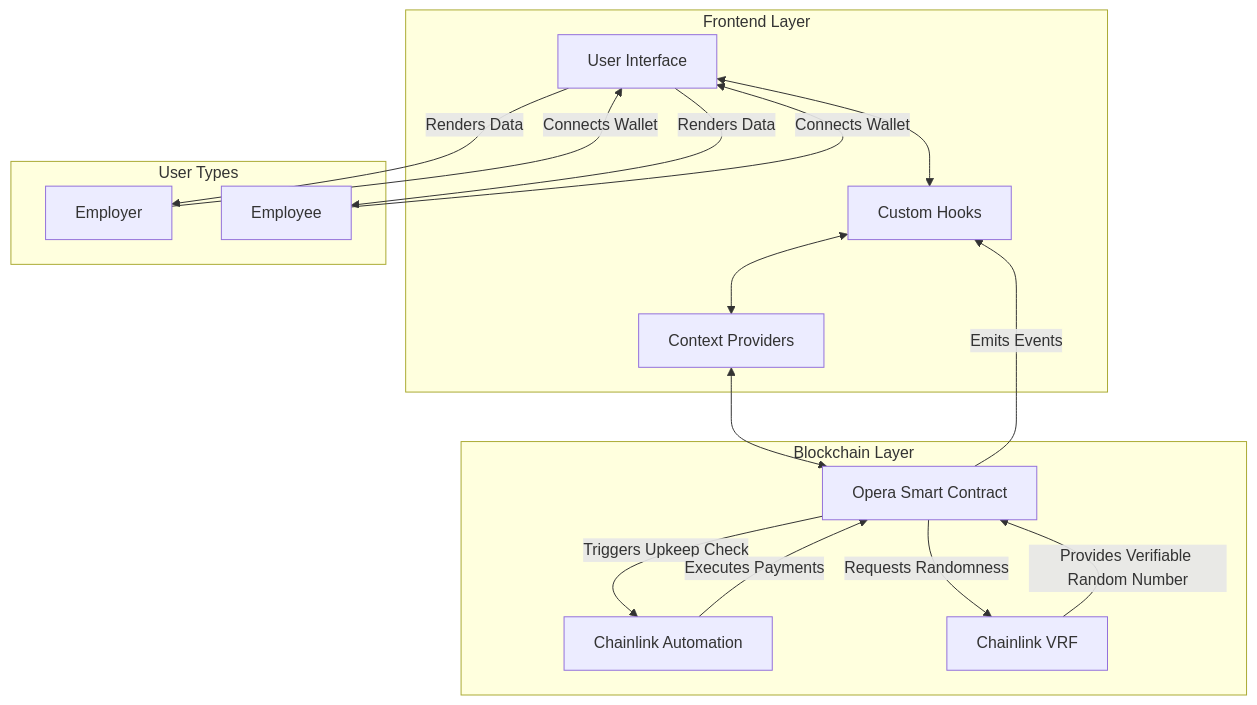
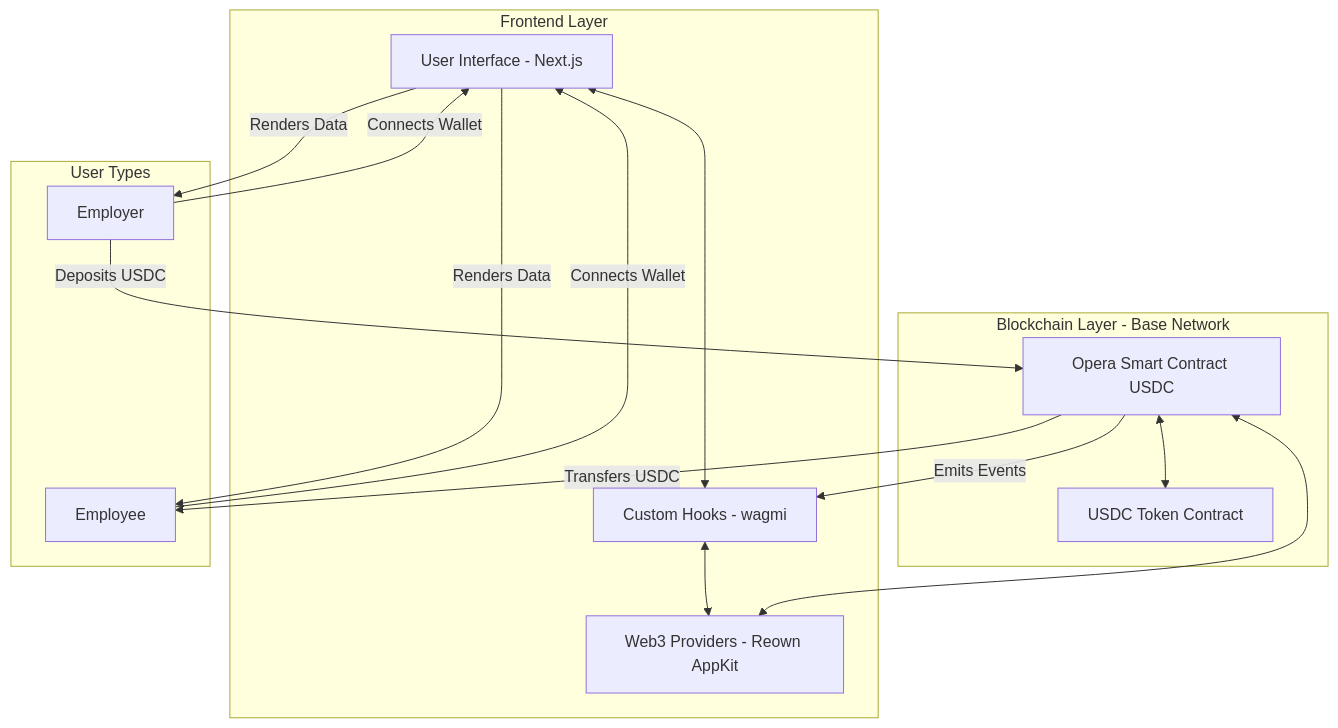
The second of 2 diagrams in README.md (bri-anadi/opera), drawn with Mermaid before and after one commit. The commit also changed other lines of this file and 4 other files, not shown here.

````diff
--- a/README.md
+++ b/README.md
@@ -127,41 +58,38 @@
 ```mermaid
 graph TB
     subgraph "Frontend Layer"
-        UI[User Interface]
-        Hooks[Custom Hooks]
-        Providers[Context Providers]
+        UI[User Interface - Next.js]
+        Hooks[Custom Hooks - wagmi]
+        Providers[Web3 Providers - Reown AppKit]
     end
 
-    subgraph "Blockchain Layer"
-        SC[Opera Smart Contract]
-        CLA[Chainlink Automation]
-        CLVRF[Chainlink VRF]
+    subgraph "Blockchain Layer - Base Network"
+        SC[Opera Smart Contract USDC]
+        USDC[USDC Token Contract]
     end
 
     subgraph "User Types"
         Employer[Employer]
         Employee[Employee]
     end
 
     Employer -- "Connects Wallet" --> UI
     Employee -- "Connects Wallet" --> UI
 
     UI -- "Renders Data" --> Employer
     UI -- "Renders Data" --> Employee
 
     UI <--> Hooks
     Hooks <--> Providers
     Providers <--> SC
 
-    SC -- "Triggers Upkeep Check" --> CLA
-    CLA -- "Executes Payments" --> SC
-
-    SC -- "Requests Randomness" --> CLVRF
-    CLVRF -- "Provides Verifiable Random Number" --> SC
+    SC <--> USDC
+    SC -- "Transfers USDC" --> Employee
+    Employer -- "Deposits USDC" --> SC
 
     SC -- "Emits Events" --> Hooks
 
     class UI,Hooks,Providers frontend;
-    class SC,CLA,CLVRF blockchain;
+    class SC,USDC blockchain;
     class Employer,Employee users;
 ```
````
